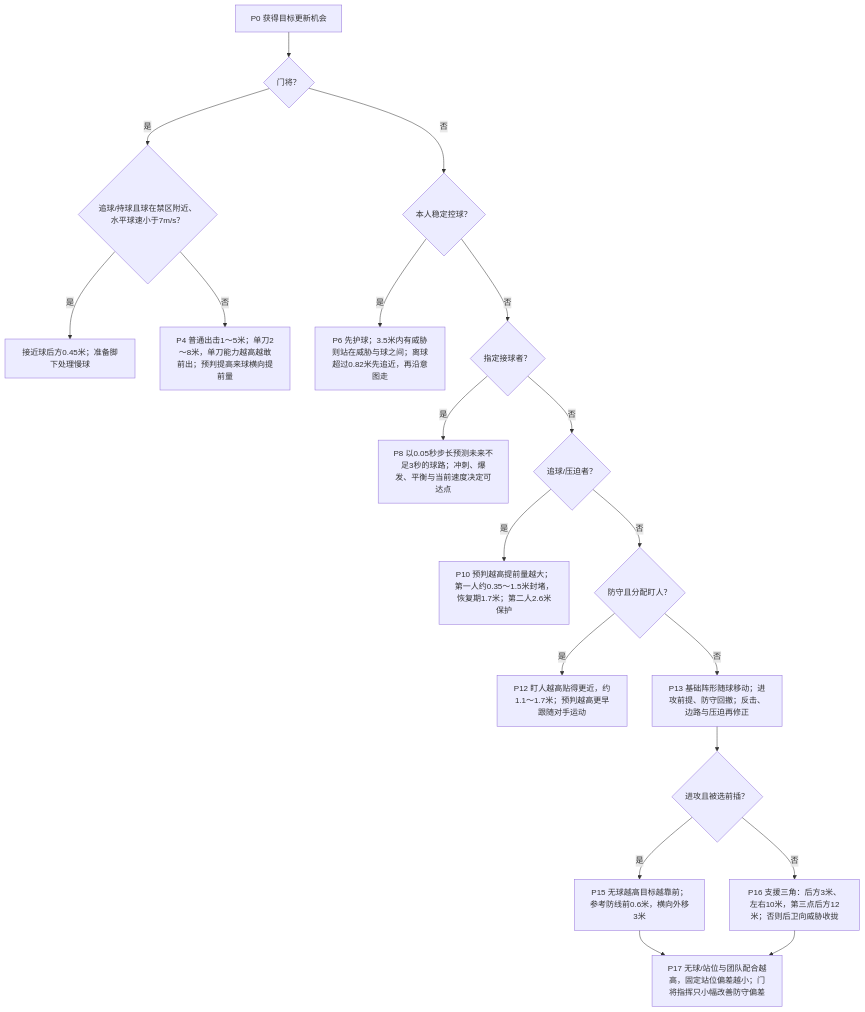
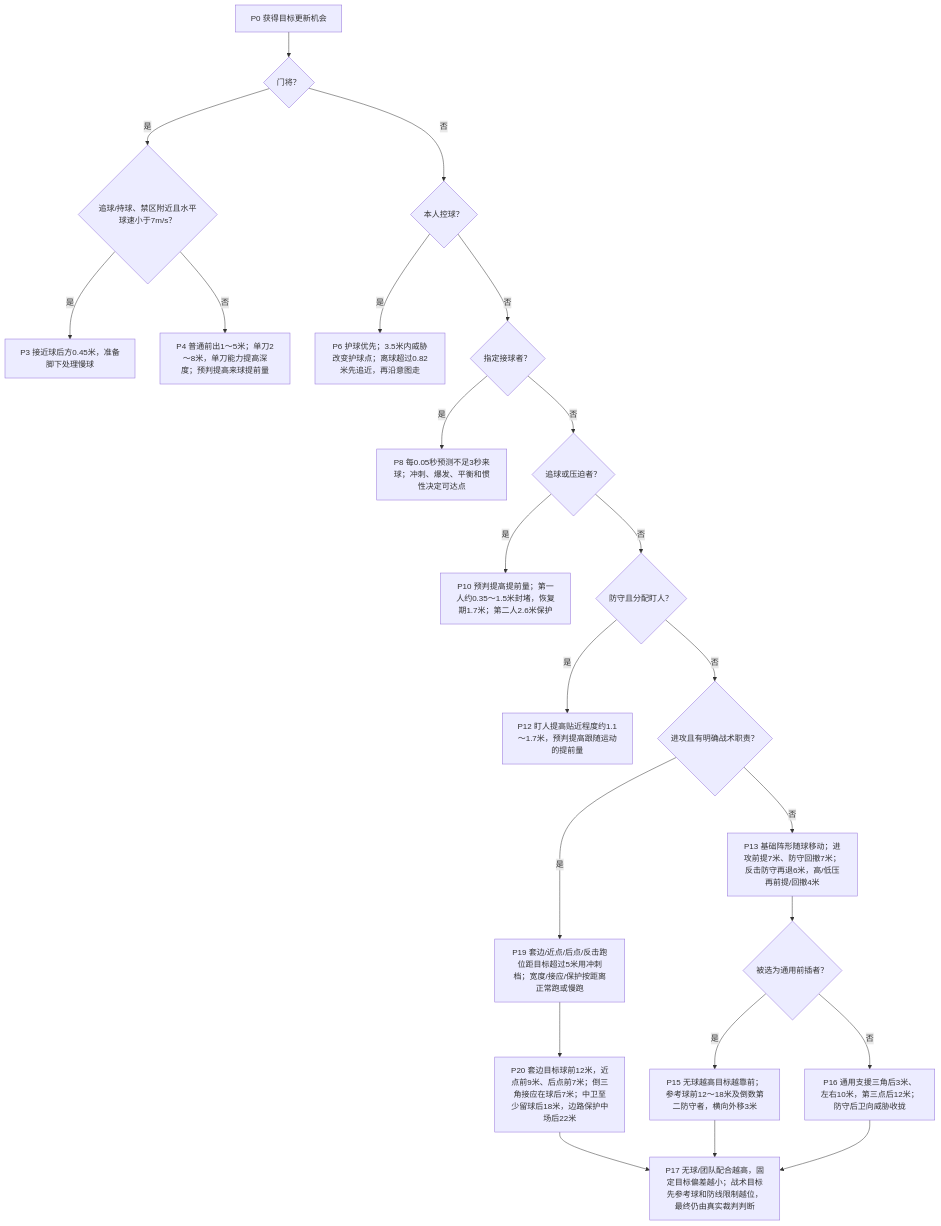
One commit to sixu3575/touchline-manager changed the third of 6 diagrams in packages/shared/modules/matches/design/PLAYER_DECISION_MAP.md. Above: the diagram before and after it, drawn with Mermaid. The commit also changed other lines of this file and 43 other files, not shown here.

````diff
--- a/packages/shared/modules/matches/design/PLAYER_DECISION_MAP.md
+++ b/packages/shared/modules/matches/design/PLAYER_DECISION_MAP.md
@@ -88,21 +117,25 @@
 ```mermaid
 flowchart TD
   P0["P0 获得目标更新机会"] --> P1{"门将？"}
-  P1 -->|是| P2{"追球/持球且球在禁区附近、水平球速小于7m/s？"}
-  P2 -->|是| P3["接近球后方0.45米；准备脚下处理慢球"]
-  P2 -->|否| P4["P4 普通出击1～5米；单刀2～8米，单刀能力越高越敢前出；预判提高来球横向提前量"]
-  P1 -->|否| P5{"本人稳定控球？"}
-  P5 -->|是| P6["P6 先护球；3.5米内有威胁则站在威胁与球之间；离球超过0.82米先追近，再沿意图走"]
+  P1 -->|是| P2{"追球/持球、禁区附近且水平球速小于7m/s？"}
+  P2 -->|是| P3["P3 接近球后方0.45米，准备脚下处理慢球"]
+  P2 -->|否| P4["P4 普通前出1～5米；单刀2～8米，单刀能力提高深度；预判提高来球提前量"]
+  P1 -->|否| P5{"本人控球？"}
+  P5 -->|是| P6["P6 护球优先；3.5米内威胁改变护球点；离球超过0.82米先追近，再沿意图走"]
   P5 -->|否| P7{"指定接球者？"}
-  P7 -->|是| P8["P8 以0.05秒步长预测未来不足3秒的球路；冲刺、爆发、平衡与当前速度决定可达点"]
-  P7 -->|否| P9{"追球/压迫者？"}
-  P9 -->|是| P10["P10 预判越高提前量越大；第一人约0.35～1.5米封堵，恢复期1.7米；第二人2.6米保护"]
+  P7 -->|是| P8["P8 每0.05秒预测不足3秒来球；冲刺、爆发、平衡和惯性决定可达点"]
+  P7 -->|否| P9{"追球或压迫者？"}
+  P9 -->|是| P10["P10 预判提高提前量；第一人约0.35～1.5米封堵，恢复期1.7米；第二人2.6米保护"]
   P9 -->|否| P11{"防守且分配盯人？"}
-  P11 -->|是| P12["P12 盯人越高贴得更近，约1.1～1.7米；预判越高更早跟随对手运动"]
-  P11 -->|否| P13["P13 基础阵形随球移动；进攻前提、防守回撤；反击、边路与压迫再修正"]
-  P13 --> P14{"进攻且被选前插？"}
-  P14 -->|是| P15["P15 无球越高目标越靠前；参考防线前0.6米，横向外移3米"]
-  P14 -->|否| P16["P16 支援三角：后方3米、左右10米，第三点后方12米；否则后卫向威胁收拢"]
-  P15 --> P17["P17 无球/站位与团队配合越高，固定站位偏差越小；门将指挥只小幅改善防守偏差"]
+  P11 -->|是| P12["P12 盯人提高贴近程度约1.1～1.7米，预判提高跟随运动的提前量"]
+  P11 -->|否| P18{"进攻且有明确战术职责？"}
+  P18 -->|是| P19["P19 套边/近点/后点/反击跑位距目标超过5米用冲刺档；宽度/接应/保护按距离正常跑或慢跑"]
+  P19 --> P20["P20 套边目标球前12米，近点前9米、后点前7米；倒三角接应在球后7米；中卫至少留球后18米，边路保护中场后22米"]
+  P20 --> P17["P17 无球/团队配合越高，固定目标偏差越小；战术目标先参考球和防线限制越位，最终仍由真实裁判判断"]
+  P18 -->|否| P13["P13 基础阵形随球移动；进攻前提7米、防守回撤7米；反击防守再退6米，高/低压再前提/回撤4米"]
+  P13 --> P14{"被选为通用前插者？"}
+  P14 -->|是| P15["P15 无球越高目标越靠前；参考球前12～18米及倒数第二防守者，横向外移3米"]
+  P14 -->|否| P16["P16 通用支援三角后3米、左右10米，第三点后12米；防守后卫向威胁收拢"]
+  P15 --> P17
   P16 --> P17
 ```
````
